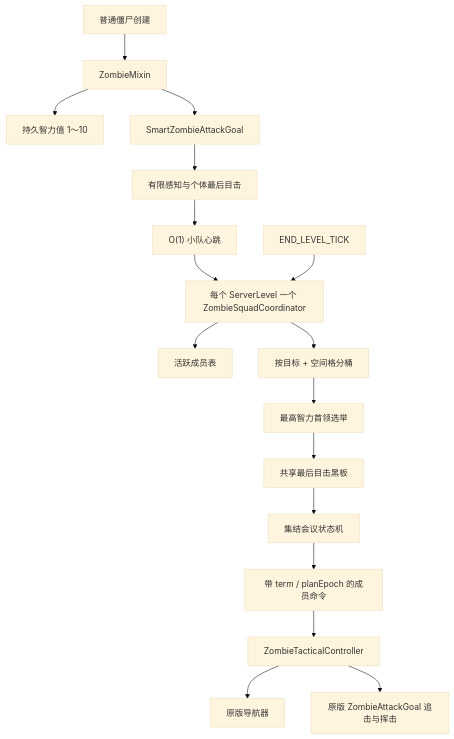
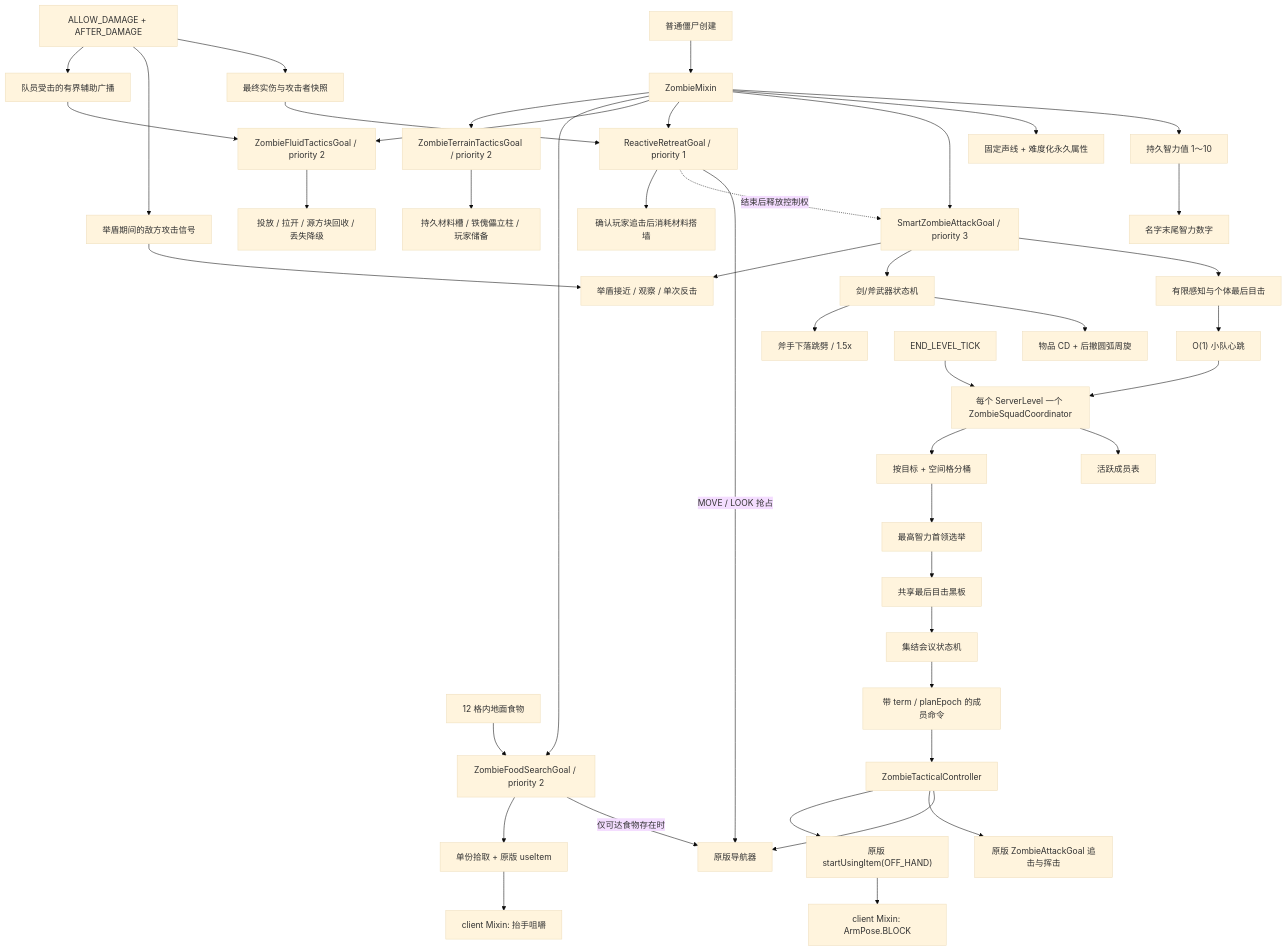
Before and after one commit to WJZ-P/MobsThinkNow: the first of 2 diagrams in ARCHITECTURE_PROPOSAL.md, drawn with Mermaid (base theme). The commit also changed other lines of this file and 1 other file, not shown here.

Commit message:
docs: document expanded zombie tactics

````diff
--- a/ARCHITECTURE_PROPOSAL.md
+++ b/ARCHITECTURE_PROPOSAL.md
@@ -17,22 +17,49 @@
 ```mermaid
 flowchart TD
     Spawn["普通僵尸创建"] --> Mixin["ZombieMixin"]
     Mixin --> Intelligence["持久智力值 1～10"]
-    Mixin --> Goal["SmartZombieAttackGoal"]
+    Intelligence --> NameTag["名字末尾智力数字"]
+    Mixin --> Traits["固定声线 + 难度化永久属性"]
+    Mixin --> AttackGoal["SmartZombieAttackGoal / priority 3"]
+    Mixin --> RetreatGoal["ReactiveRetreatGoal / priority 1"]
+    Mixin --> FluidGoal["ZombieFluidTacticsGoal / priority 2"]
+    Mixin --> FoodGoal["ZombieFoodSearchGoal / priority 2"]
+    Mixin --> TerrainGoal["ZombieTerrainTacticsGoal / priority 2"]
+    GroundFood["12 格内地面食物"] --> FoodGoal
+    DamageEvents["ALLOW_DAMAGE + AFTER_DAMAGE"] --> RetreatMemory["最终实伤与攻击者快照"]
+    RetreatMemory --> RetreatGoal
+    DamageEvents --> ShieldMemory["举盾期间的敌方攻击信号"]
+    DamageEvents --> FluidAlert["队员受击的有界辅助广播"]
+    FluidAlert --> FluidGoal
 
-    Goal --> Observe["有限感知与个体最后目击"]
+    AttackGoal --> Observe["有限感知与个体最后目击"]
+    AttackGoal --> WeaponCombat["剑/斧武器状态机"]
+    AttackGoal --> ShieldCombat["举盾接近 / 观察 / 单次反击"]
+    ShieldMemory --> ShieldCombat
+    WeaponCombat --> CooldownOrbit["物品 CD + 后撤圆弧周旋"]
+    WeaponCombat --> AxeLeap["斧手下落跳劈 / 1.5x"]
     Observe --> Heartbeat["O(1) 小队心跳"]
     Heartbeat --> Coordinator["每个 ServerLevel 一个 ZombieSquadCoordinator"]
 
     Tick["END_LEVEL_TICK"] --> Coordinator
     Coordinator --> Registry["活跃成员表"]
     Coordinator --> Spatial["按目标 + 空间格分桶"]
     Spatial --> Election["最高智力首领选举"]
     Election --> Blackboard["共享最后目击黑板"]
     Blackboard --> StateMachine["集结会议状态机"]
     StateMachine --> Orders["带 term / planEpoch 的成员命令"]
 
     Orders --> Controller["ZombieTacticalController"]
     Controller --> Navigation["原版导航器"]
     Controller --> Melee["原版 ZombieAttackGoal 追击与挥击"]
+    Controller --> ShieldUse["原版 startUsingItem(OFF_HAND)"]
+    ShieldUse --> ShieldPose["client Mixin: ArmPose.BLOCK"]
+    RetreatGoal -->|"MOVE / LOOK 抢占"| Navigation
+    RetreatGoal -.->|"结束后释放控制权"| AttackGoal
+    RetreatGoal --> Barrier["确认玩家追击后消耗材料搭墙"]
+    TerrainGoal --> BuilderInventory["持久材料槽 / 铁傀儡立柱 / 玩家储备"]
+    FluidGoal --> FluidTransaction["投放 / 拉开 / 源方块回收 / 丢失降级"]
+    FoodGoal -->|"仅可达食物存在时"| Navigation
+    FoodGoal --> FoodUse["单份拾取 + 原版 useItem"]
+    FoodUse --> FoodPose["client Mixin: 抬手咀嚼"]
 ```
````
